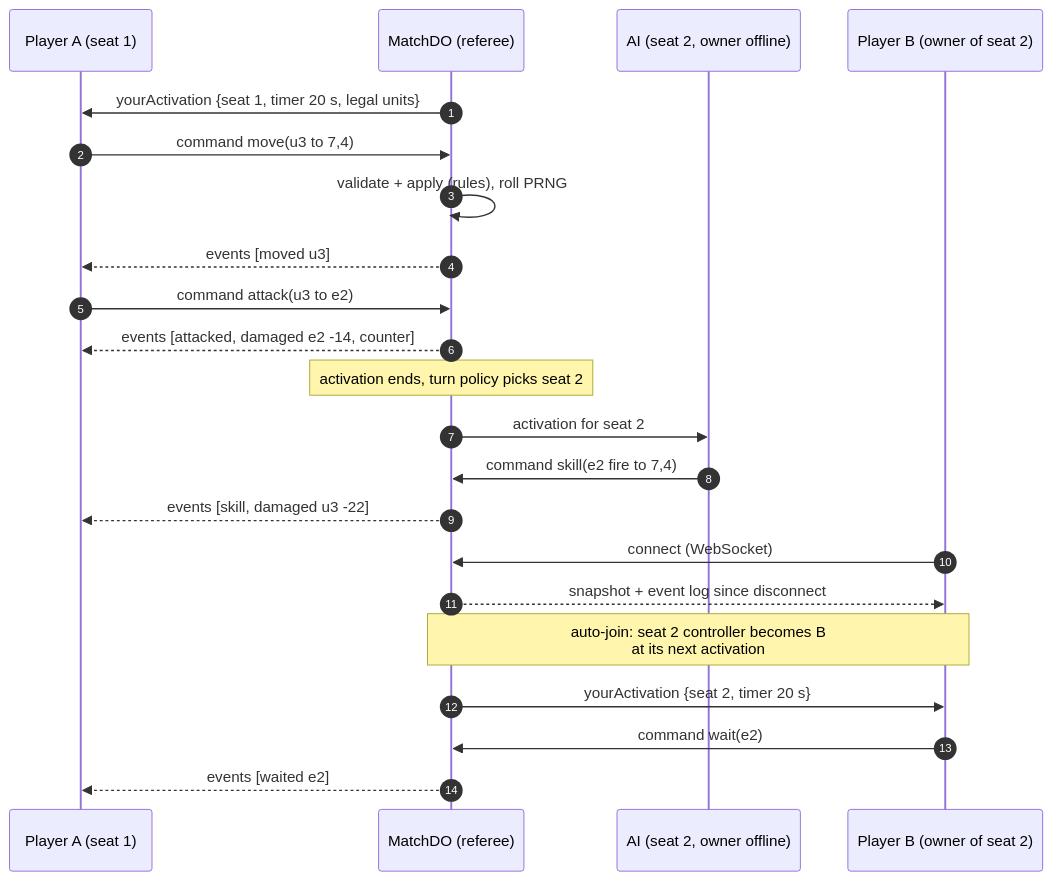
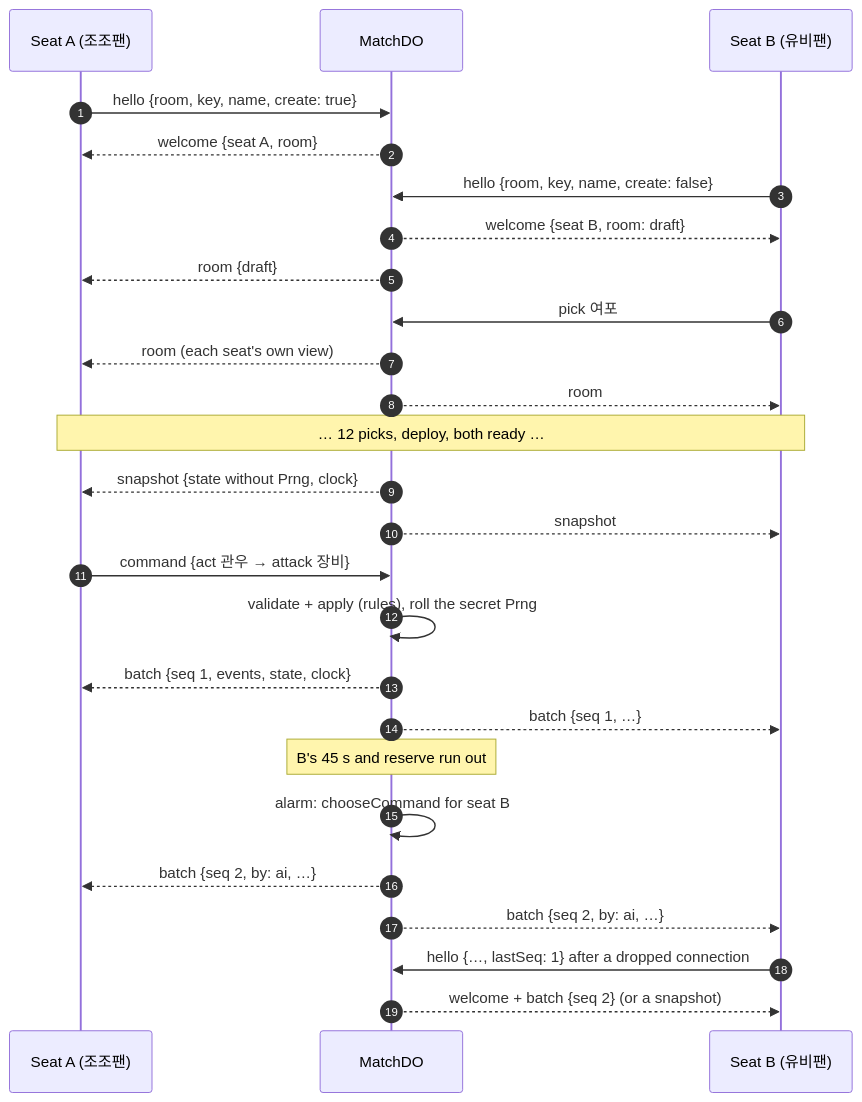
Before and after one commit to dudueul/caocao: the sixth of 10 diagrams in docs/remake/ARCHITECTURE.md, drawn with Mermaid. The commit also changed other lines of this file and 15 other files, not shown here.

First line of the commit message:
PWA basics and P1 docs: manifest, service worker, online-battle diagrams

````diff
--- a/docs/remake/ARCHITECTURE.md
+++ b/docs/remake/ARCHITECTURE.md
@@ -186,24 +207,28 @@
 ```mermaid
 sequenceDiagram
   autonumber
-  participant A as Player A (seat 1)
-  participant M as MatchDO (referee)
-  participant AI as AI (seat 2, owner offline)
-  participant B as Player B (owner of seat 2)
-  M->>A: yourActivation {seat 1, timer 20 s, legal units}
-  A->>M: command move(u3 to 7,4)
-  M->>M: validate + apply (rules), roll PRNG
-  M-->>A: events [moved u3]
-  A->>M: command attack(u3 to e2)
-  M-->>A: events [attacked, damaged e2 -14, counter]
-  Note over M: activation ends, turn policy picks seat 2
-  M->>AI: activation for seat 2
-  AI->>M: command skill(e2 fire to 7,4)
-  M-->>A: events [skill, damaged u3 -22]
-  B->>M: connect (WebSocket)
-  M-->>B: snapshot + event log since disconnect
-  Note over M,B: auto-join: seat 2 controller becomes B<br/>at its next activation
-  M->>B: yourActivation {seat 2, timer 20 s}
-  B->>M: command wait(e2)
-  M-->>A: events [waited e2]
+  participant A as Seat A (조조팬)
+  participant M as MatchDO
+  participant B as Seat B (유비팬)
+  A->>M: hello {room, key, name, create: true}
+  M-->>A: welcome {seat A, room}
+  B->>M: hello {room, key, name, create: false}
+  M-->>B: welcome {seat B, room: draft}
+  M-->>A: room {draft}
+  B->>M: pick 여포
+  M-->>A: room (each seat's own view)
+  M-->>B: room
+  Note over A,B: … 12 picks, deploy, both ready …
+  M-->>A: snapshot {state without Prng, clock}
+  M-->>B: snapshot
+  A->>M: command {act 관우 → attack 장비}
+  M->>M: validate + apply (rules), roll the secret Prng
+  M-->>A: batch {seq 1, events, state, clock}
+  M-->>B: batch {seq 1, …}
+  Note over M: B's 45 s and reserve run out
+  M->>M: alarm: chooseCommand for seat B
+  M-->>A: batch {seq 2, by: ai, …}
+  M-->>B: batch {seq 2, by: ai, …}
+  B->>M: hello {…, lastSeq: 1} after a dropped connection
+  M-->>B: welcome + batch {seq 2} (or a snapshot)
 ```
````
